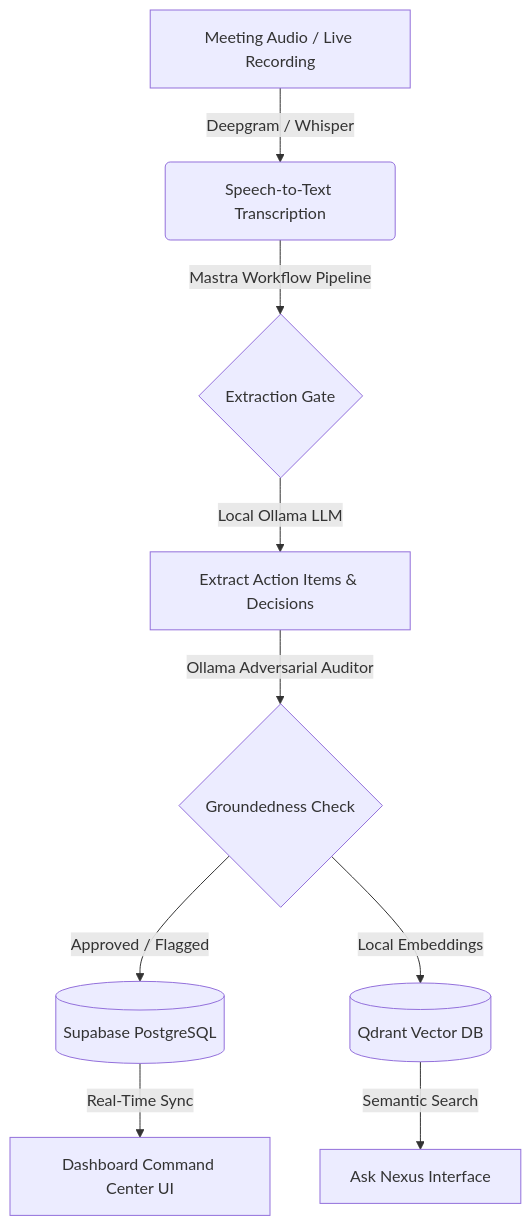
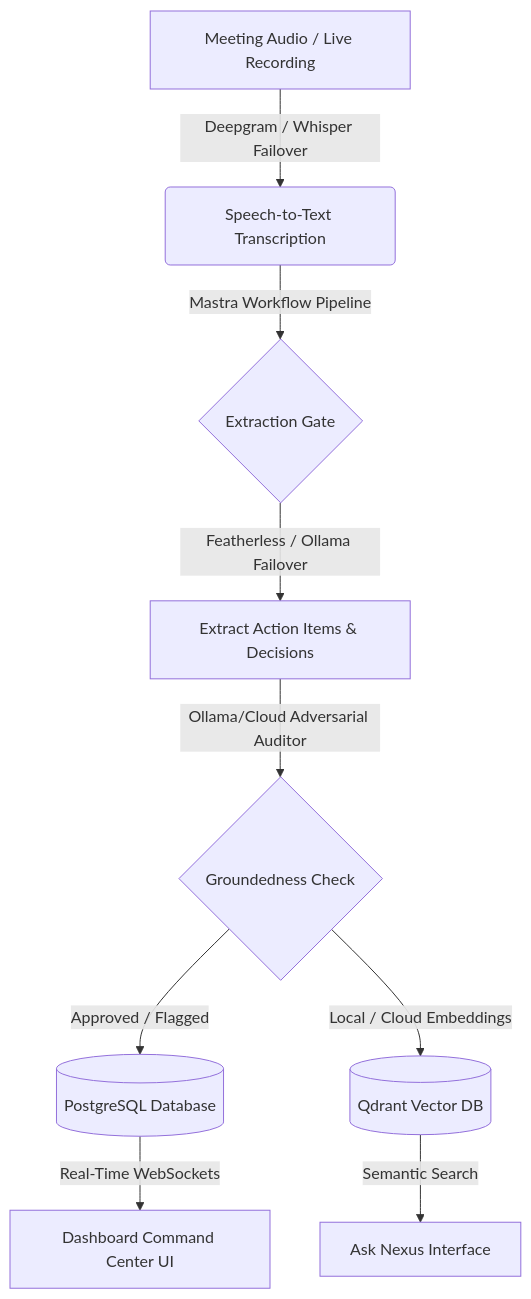
One commit to Jagadesh-1811/nexus- changed the diagram in README.md. Above: the diagram before and after it, drawn with Mermaid. The commit also changed other lines of this file and 11 other files, not shown here.

````diff
--- a/README.md
+++ b/README.md
@@ -14,11 +16,11 @@
 ```mermaid
 graph TD
-    A[Meeting Audio / Live Recording] -->|Deepgram / Whisper| B(Speech-to-Text Transcription)
+    A[Meeting Audio / Live Recording] -->|Deepgram / Whisper Failover| B(Speech-to-Text Transcription)
     B -->|Mastra Workflow Pipeline| C{Extraction Gate}
-    C -->|Local Ollama LLM| D[Extract Action Items & Decisions]
-    D -->|Ollama Adversarial Auditor| E{Groundedness Check}
-    E -->|Approved / Flagged| F[(Supabase PostgreSQL)]
-    E -->|Local Embeddings| G[(Qdrant Vector DB)]
-    F -->|Real-Time Sync| H[Dashboard Command Center UI]
+    C -->|Featherless / Ollama Failover| D[Extract Action Items & Decisions]
+    D -->|Ollama/Cloud Adversarial Auditor| E{Groundedness Check}
+    E -->|Approved / Flagged| F[(PostgreSQL Database)]
+    E -->|Local / Cloud Embeddings| G[(Qdrant Vector DB)]
+    F -->|Real-Time WebSockets| H[Dashboard Command Center UI]
     G -->|Semantic Search| I[Ask Nexus Interface]
 ```
````
